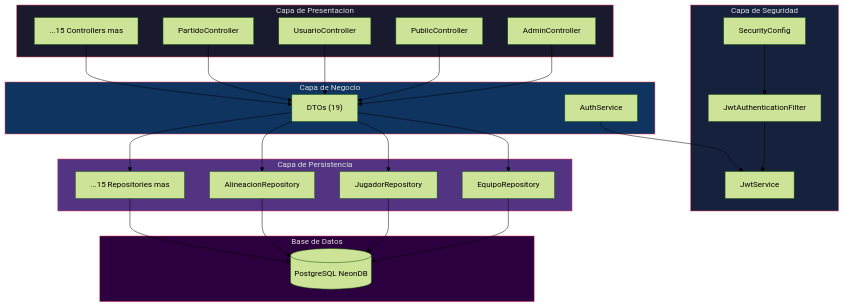
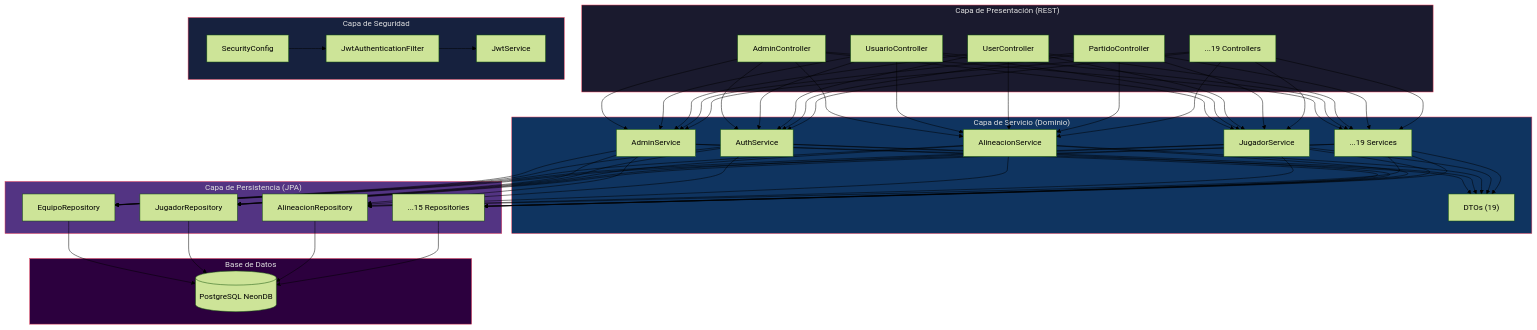
One commit to Sestmar/TFG-SergioEstudillo changed the diagram in docs/backend/BACKEND.md. Above: the diagram before and after it, drawn with Mermaid (forest theme). The commit also changed other lines of this file and 1 other file, not shown here.

````diff
--- a/docs/backend/BACKEND.md
+++ b/docs/backend/BACKEND.md
@@ -27,45 +27,49 @@
 ```mermaid
 graph TB
-    subgraph Presentacion["Capa de Presentacion"]
+    subgraph Presentacion["Capa de Presentación (REST)"]
         C1["AdminController"]
-        C2["PublicController"]
-        C3["UsuarioController"]
+        C2["UsuarioController"]
+        C3["UserController"]
         C4["PartidoController"]
-        C5["...15 Controllers mas"]
+        C5["...19 Controllers"]
     end
 
     subgraph Seguridad["Capa de Seguridad"]
         SF["JwtAuthenticationFilter"]
         JS["JwtService"]
         SC["SecurityConfig"]
     end
 
-    subgraph Negocio["Capa de Negocio"]
-        AS["AuthService"]
+    subgraph Negocio["Capa de Servicio (Dominio)"]
+        S1["AdminService"]
+        S2["AuthService"]
+        S3["AlineacionService"]
+        S4["JugadorService"]
+        S5["...19 Services"]
         DTO["DTOs (19)"]
     end
 
-    subgraph Persistencia["Capa de Persistencia"]
+    subgraph Persistencia["Capa de Persistencia (JPA)"]
         R1["EquipoRepository"]
         R2["JugadorRepository"]
         R3["AlineacionRepository"]
-        R4["...15 Repositories mas"]
+        R4["...15 Repositories"]
     end
 
     subgraph BD["Base de Datos"]
         PG[("PostgreSQL NeonDB")]
     end
 
-    C1 & C2 & C3 & C4 & C5 --> DTO
+    C1 & C2 & C3 & C4 & C5 --> S1 & S2 & S3 & S4 & S5
+    S1 & S2 & S3 & S4 & S5 --> DTO
+    S1 & S2 & S3 & S4 & S5 --> R1 & R2 & R3 & R4
     SF --> JS
     SC --> SF
-    DTO --> R1 & R2 & R3 & R4
     R1 & R2 & R3 & R4 --> PG
-    AS --> JS
 
     style Presentacion fill:#1a1a2e,stroke:#e94560,color:#e0e0e0
     style Seguridad fill:#16213e,stroke:#e94560,color:#e0e0e0
     style Negocio fill:#0f3460,stroke:#e94560,color:#e0e0e0
     style Persistencia fill:#533483,stroke:#e94560,color:#e0e0e0
     style BD fill:#2c003e,stroke:#e94560,color:#e0e0e0
 ```
````
